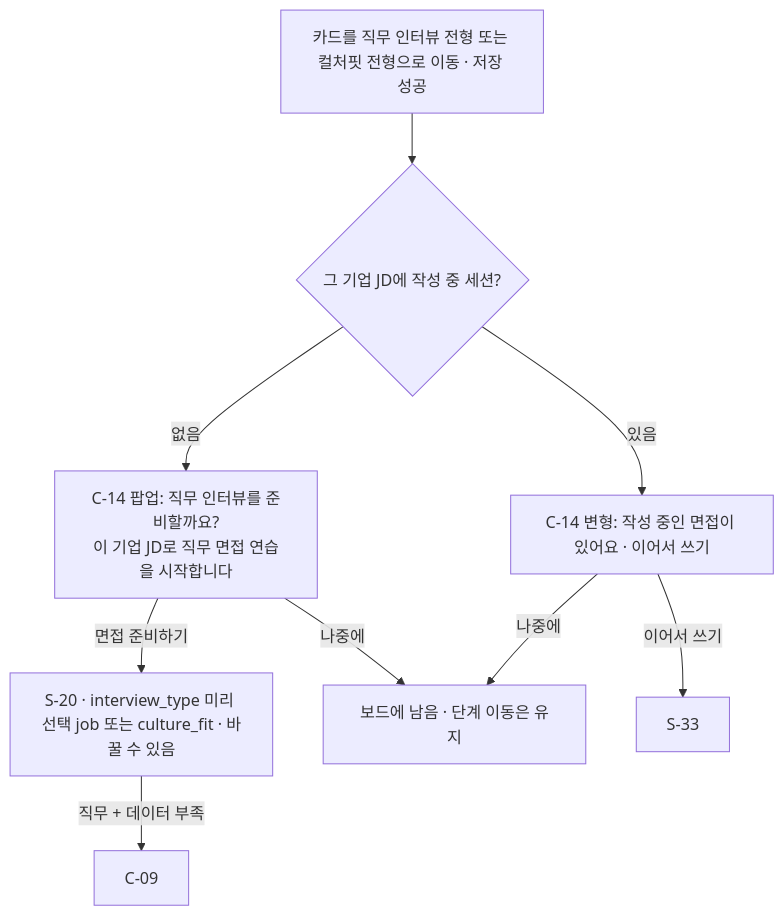
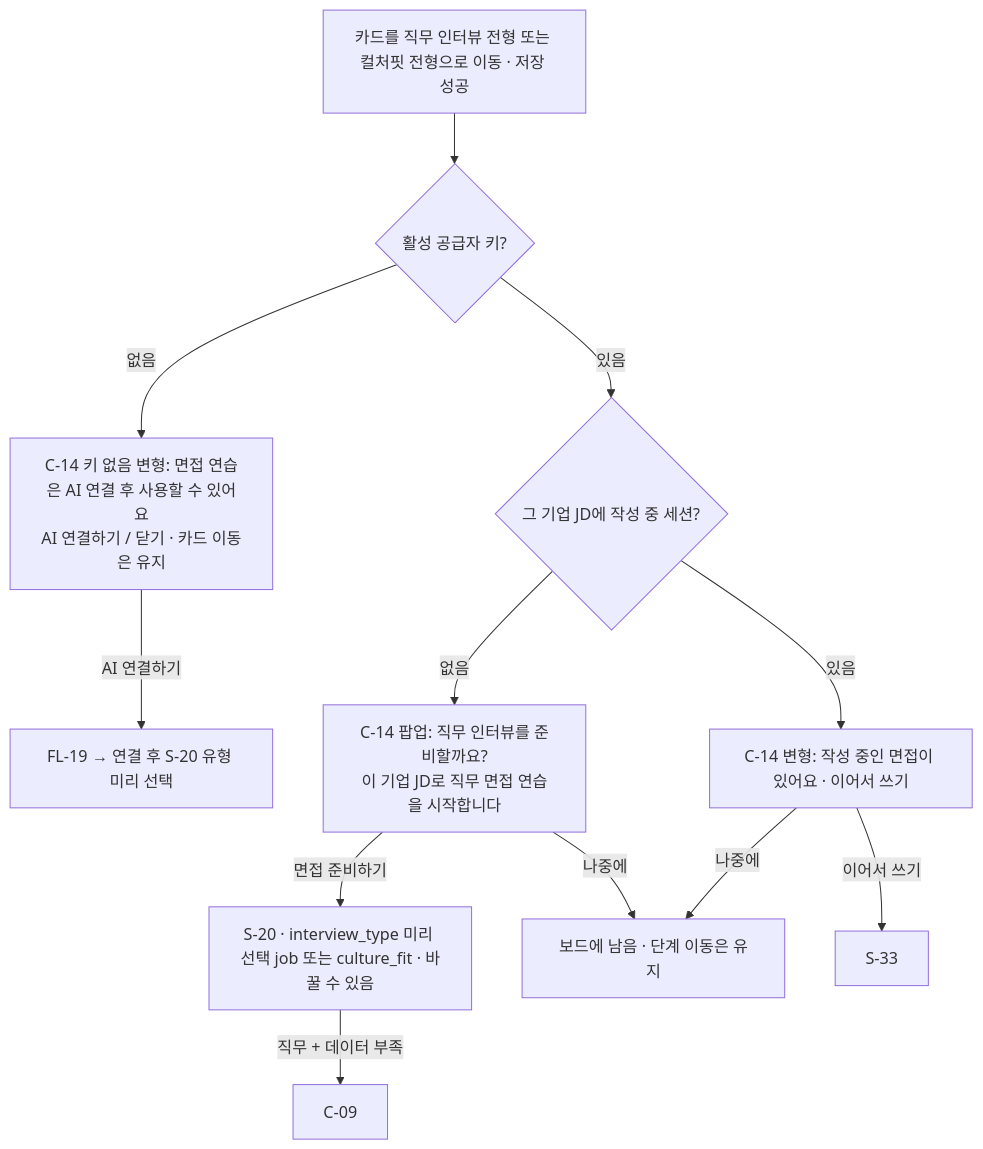
Before and after one commit to j-hyunn/resumate: diagram 11 of 19 in _workspace/02_ux-planner_flows.md, drawn with Mermaid. The commit also changed other lines of this file and 11 other files, not shown here.

````diff
--- a/_workspace/02_ux-planner_flows.md
+++ b/_workspace/02_ux-planner_flows.md
@@ -393,11 +433,14 @@
 ```mermaid
 flowchart TD
-  A[카드를 직무 인터뷰 전형 또는 컬처핏 전형으로 이동 · 저장 성공] --> B{그 기업 JD에 작성 중 세션?}
+  A[카드를 직무 인터뷰 전형 또는 컬처핏 전형으로 이동 · 저장 성공] --> K{활성 공급자 키?}
+  K -->|없음| N[C-14 키 없음 변형: 면접 연습은 AI 연결 후 사용할 수 있어요<br/>AI 연결하기 / 닫기 · 카드 이동은 유지]
+  N -->|AI 연결하기| FL19[FL-19 → 연결 후 S-20 유형 미리 선택]
+  K -->|있음| B{그 기업 JD에 작성 중 세션?}
   B -->|없음| C[C-14 팝업: 직무 인터뷰를 준비할까요?<br/>이 기업 JD로 직무 면접 연습을 시작합니다]
   B -->|있음| C2[C-14 변형: 작성 중인 면접이 있어요 · 이어서 쓰기]
   C -->|면접 준비하기| D[S-20 · interview_type 미리 선택 job 또는 culture_fit · 바꿀 수 있음]
   C -->|나중에| E[보드에 남음 · 단계 이동은 유지]
   C2 -->|이어서 쓰기| F[S-33]
   C2 -->|나중에| E
   D -->|직무 + 데이터 부족| X[C-09]
 ```
````
